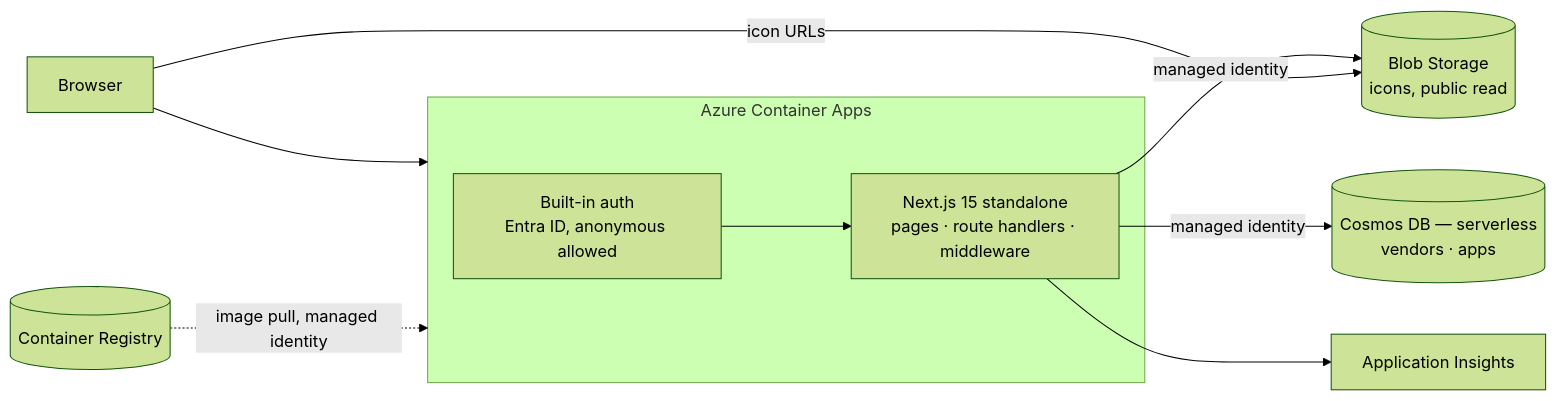
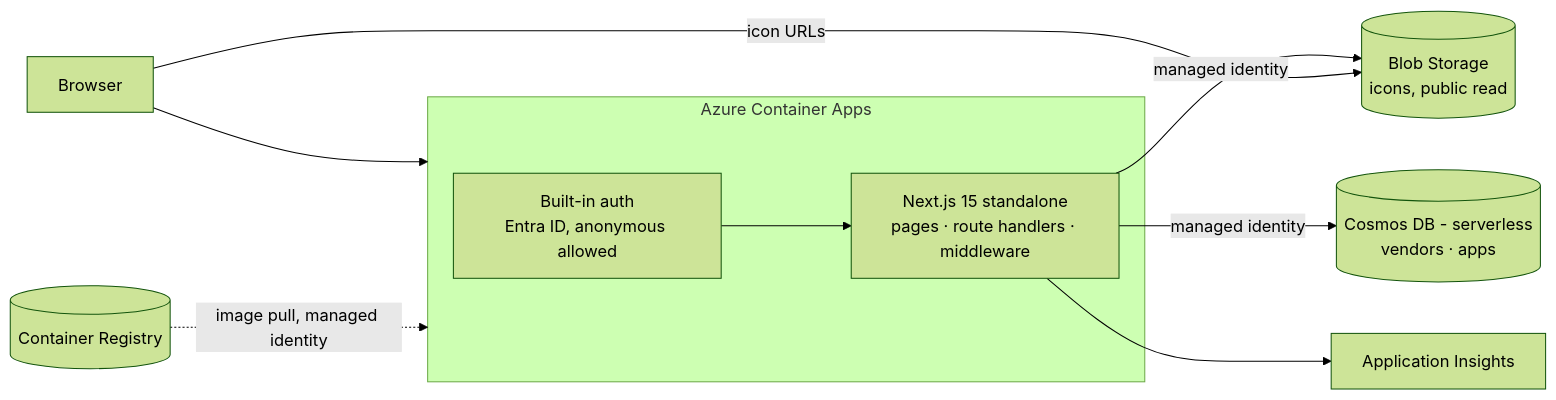
One commit to scotscottmca/wherethemlogs.app changed the diagram in docs/ARCHITECTURE.md. Above: the diagram before and after it, drawn with Mermaid (forest theme). The commit also changed other lines of this file and 39 other files, not shown here.

````diff
--- a/docs/ARCHITECTURE.md
+++ b/docs/ARCHITECTURE.md
@@ -13,16 +13,16 @@
 ```mermaid
 flowchart LR
   Browser --> CA
 
   subgraph CA["Azure Container Apps"]
     AUTH["Built-in auth<br/>Entra ID, anonymous allowed"]
     NEXT["Next.js 15 standalone<br/>pages · route handlers · middleware"]
     AUTH --> NEXT
   end
 
   ACR[("Container Registry")] -. "image pull, managed identity" .-> CA
-  NEXT -- "managed identity" --> COSMOS[("Cosmos DB — serverless<br/>vendors · apps")]
+  NEXT -- "managed identity" --> COSMOS[("Cosmos DB - serverless<br/>vendors · apps")]
   NEXT -- "managed identity" --> BLOB[("Blob Storage<br/>icons, public read")]
   Browser -- "icon URLs" --> BLOB
   NEXT --> AI["Application Insights"]
 ```
````
